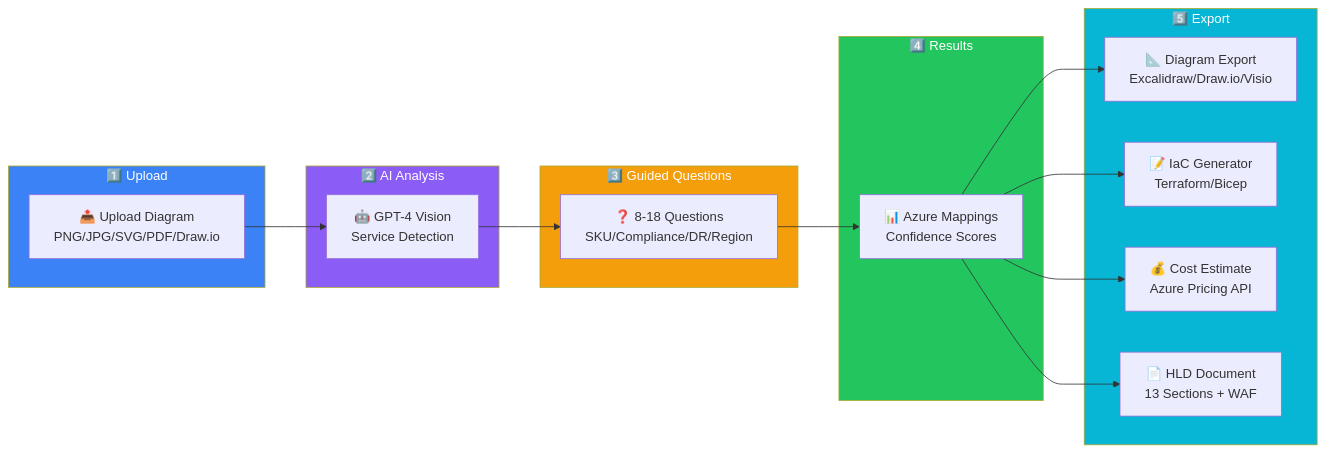
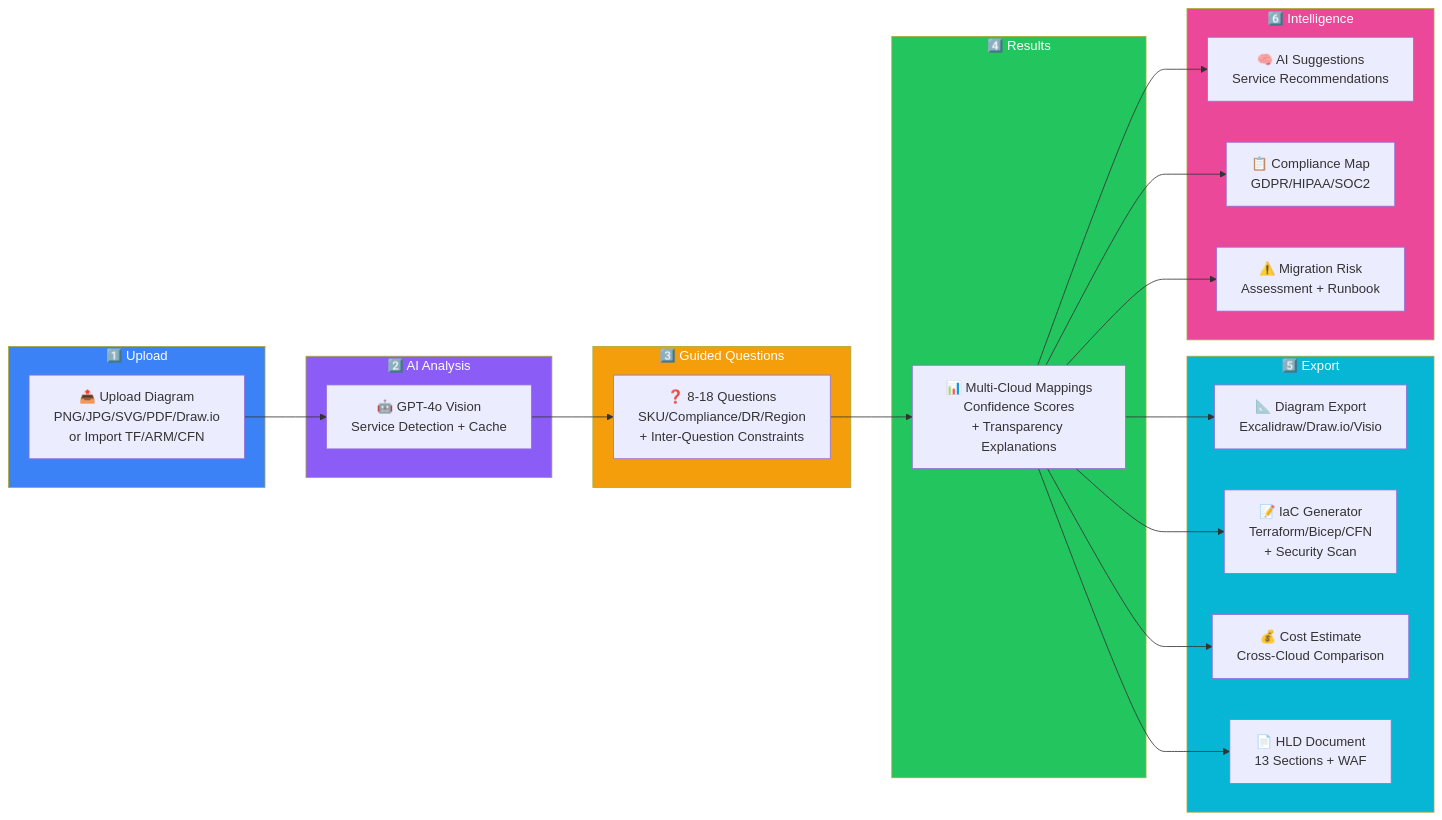
Before and after one commit to idokatz86/Archmorph: the second of 2 diagrams in README.md, drawn with Mermaid. The commit also changed other lines of this file and 2 other files, not shown here.

First line of the commit message:
docs: update README, architecture diagram and application flow to v3.4.0

````diff
--- a/README.md
+++ b/README.md
@@ -189,36 +243,46 @@
 ```mermaid
 flowchart LR
     subgraph Upload["1️⃣ Upload"]
-        A[📤 Upload Diagram<br/>PNG/JPG/SVG/PDF/Draw.io]
+        A[📤 Upload Diagram<br/>PNG/JPG/SVG/PDF/Draw.io<br/>or Import TF/ARM/CFN]
     end
     
     subgraph Analysis["2️⃣ AI Analysis"]
-        B[🤖 GPT-4 Vision<br/>Service Detection]
+        B[🤖 GPT-4o Vision<br/>Service Detection + Cache]
     end
     
     subgraph Questions["3️⃣ Guided Questions"]
-        C[❓ 8-18 Questions<br/>SKU/Compliance/DR/Region]
+        C[❓ 8-18 Questions<br/>SKU/Compliance/DR/Region<br/>+ Inter-Question Constraints]
     end
     
     subgraph Results["4️⃣ Results"]
-        D[📊 Azure Mappings<br/>Confidence Scores]
+        D[📊 Multi-Cloud Mappings<br/>Confidence Scores<br/>+ Transparency Explanations]
     end
     
     subgraph Export["5️⃣ Export"]
         E[📐 Diagram Export<br/>Excalidraw/Draw.io/Visio]
-        F[📝 IaC Generator<br/>Terraform/Bicep]
-        G[💰 Cost Estimate<br/>Azure Pricing API]
+        F[📝 IaC Generator<br/>Terraform/Bicep/CFN<br/>+ Security Scan]
+        G[💰 Cost Estimate<br/>Cross-Cloud Comparison]
         H[📄 HLD Document<br/>13 Sections + WAF]
+    end
+    
+    subgraph Intelligence["6️⃣ Intelligence"]
+        I[🧠 AI Suggestions<br/>Service Recommendations]
+        J[📋 Compliance Map<br/>GDPR/HIPAA/SOC2]
+        K[⚠️ Migration Risk<br/>Assessment + Runbook]
     end
     
     A --> B --> C --> D --> E
     D --> F
     D --> G
     D --> H
+    D --> I
+    D --> J
+    D --> K
     
     style Upload fill:#3B82F6,color:#fff
     style Analysis fill:#8B5CF6,color:#fff
     style Questions fill:#F59E0B,color:#fff
     style Results fill:#22C55E,color:#fff
     style Export fill:#06B6D4,color:#fff
+    style Intelligence fill:#EC4899,color:#fff
 ```
````
